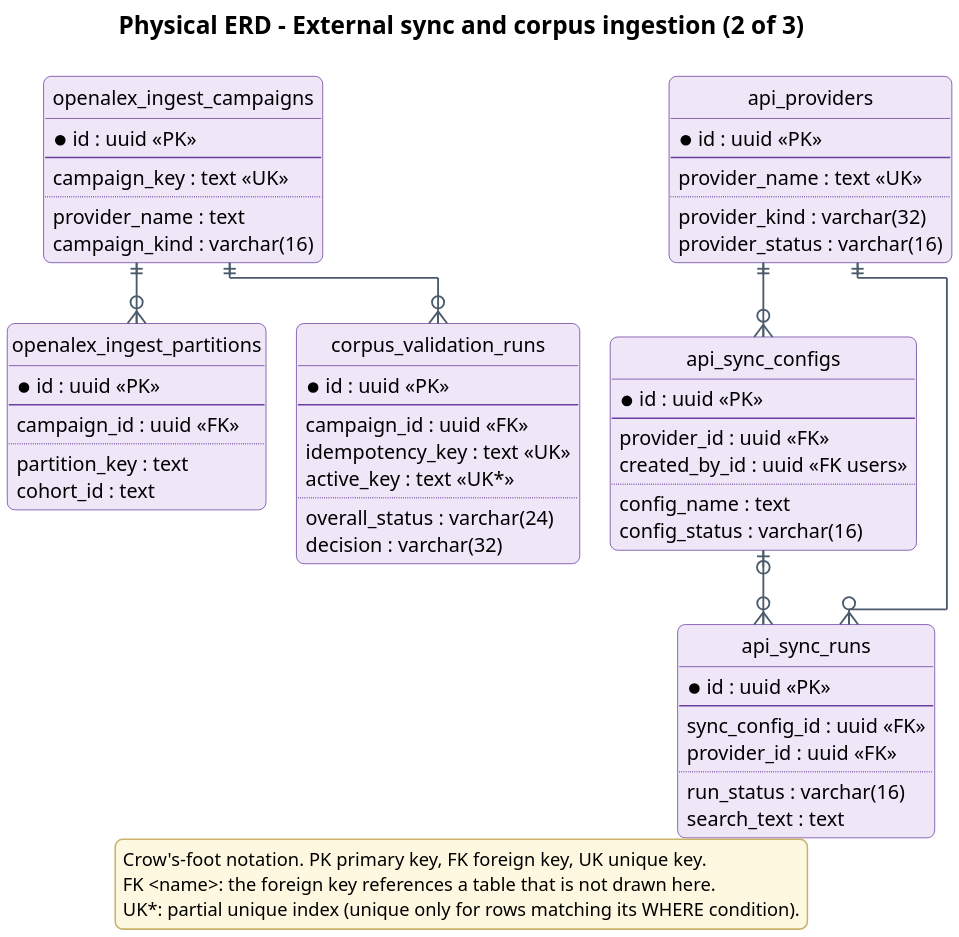
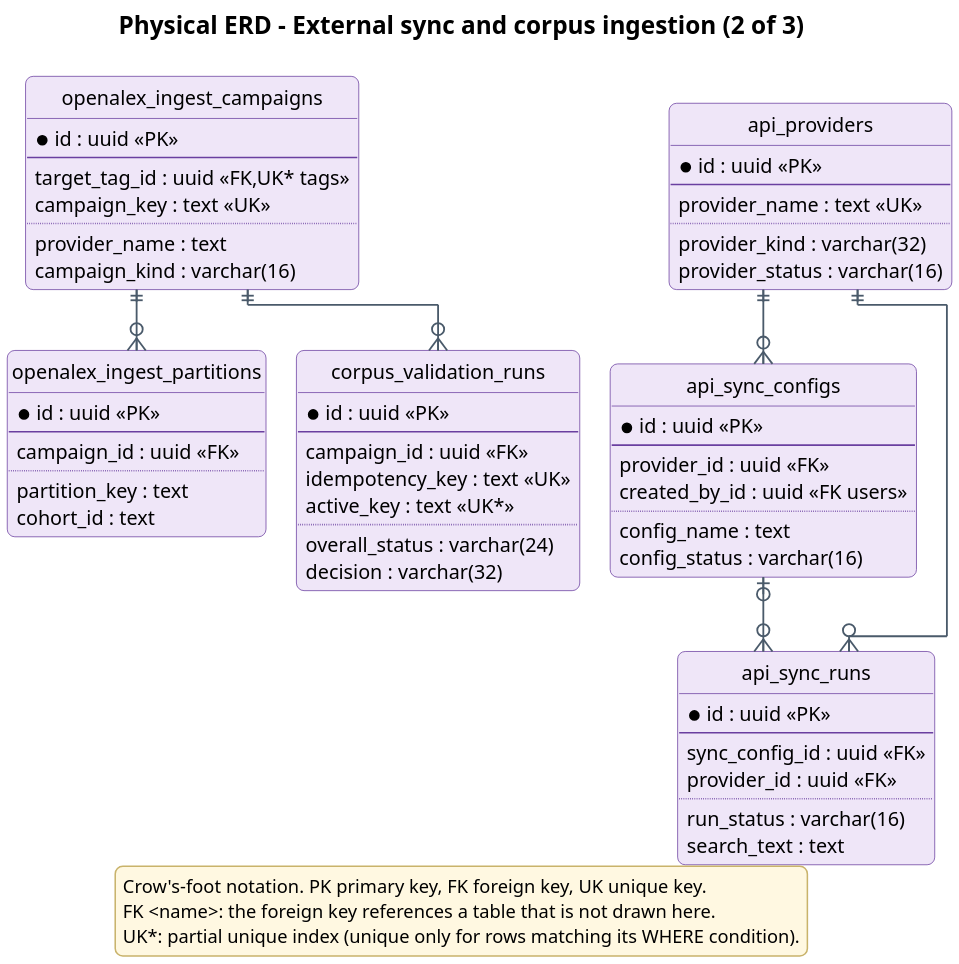
One commit to Khoa-Hoa-Technology-Solution-Company/lumi-gap changed the diagram in docs/diagrams/report4/R4_ERD_operations_b.puml. Above: the diagram before and after it, drawn with PlantUML. The commit also changed 48 other files, not shown here.

First line of the commit message:
docs: update diagrams to main 38bd889

```diff
--- a/docs/diagrams/report4/R4_ERD_operations_b.puml
+++ b/docs/diagrams/report4/R4_ERD_operations_b.puml
@@ -1,90 +1,91 @@
 @startuml
 !pragma layout elk
 skinparam dpi 200
 skinparam defaultFontName "Segoe UI"
 skinparam defaultFontSize 13
 skinparam shadowing false
 skinparam roundCorner 10
 skinparam backgroundColor #FFFFFF
 skinparam ArrowColor #4A5A6A
 skinparam ArrowThickness 1.2
 skinparam ArrowFontSize 12
 skinparam ArrowFontColor #4A5A6A
 skinparam TitleFontSize 16
 skinparam TitleFontStyle bold
 skinparam entity {
   BackgroundColor #EFE6F8
   BorderColor #6A3FA0
 }
 skinparam legend {
   BackgroundColor #FFF8E1
   BorderColor #C9B36B
   FontSize 12
 }
 skinparam stereotypeFontSize 10
 hide circle
 hide empty methods
 title Physical ERD - External sync and corpus ingestion (2 of 3)
 entity api_providers #EFE6F8;line:6A3FA0 {
   * id : uuid <<PK>>
   --
   provider_name : text <<UK>>
   ..
   provider_kind : varchar(32)
   provider_status : varchar(16)
 }
 entity api_sync_configs #EFE6F8;line:6A3FA0 {
   * id : uuid <<PK>>
   --
   provider_id : uuid <<FK>>
   created_by_id : uuid <<FK users>>
   ..
   config_name : text
   config_status : varchar(16)
 }
 entity api_sync_runs #EFE6F8;line:6A3FA0 {
   * id : uuid <<PK>>
   --
   sync_config_id : uuid <<FK>>
   provider_id : uuid <<FK>>
   ..
   run_status : varchar(16)
   search_text : text
 }
 entity openalex_ingest_campaigns #EFE6F8;line:6A3FA0 {
   * id : uuid <<PK>>
   --
+  target_tag_id : uuid <<FK,UK* tags>>
   campaign_key : text <<UK>>
   ..
   provider_name : text
   campaign_kind : varchar(16)
 }
 entity openalex_ingest_partitions #EFE6F8;line:6A3FA0 {
   * id : uuid <<PK>>
   --
   campaign_id : uuid <<FK>>
   ..
   partition_key : text
   cohort_id : text
 }
 entity corpus_validation_runs #EFE6F8;line:6A3FA0 {
   * id : uuid <<PK>>
   --
   campaign_id : uuid <<FK>>
   idempotency_key : text <<UK>>
   active_key : text <<UK*>>
   ..
   overall_status : varchar(24)
   decision : varchar(32)
 }
 api_providers ||--o{ api_sync_configs
 api_providers ||--o{ api_sync_runs
 api_sync_configs |o--o{ api_sync_runs
 openalex_ingest_campaigns ||--o{ corpus_validation_runs
 openalex_ingest_campaigns ||--o{ openalex_ingest_partitions
 legend bottom
 Crow's-foot notation. PK primary key, FK foreign key, UK unique key.
 FK <name>: the foreign key references a table that is not drawn here.
 UK*: partial unique index (unique only for rows matching its WHERE condition).
 endlegend
 @enduml
```
